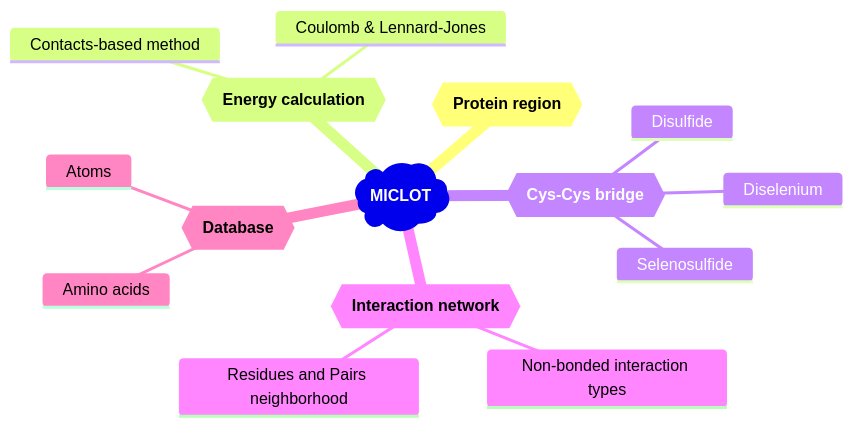
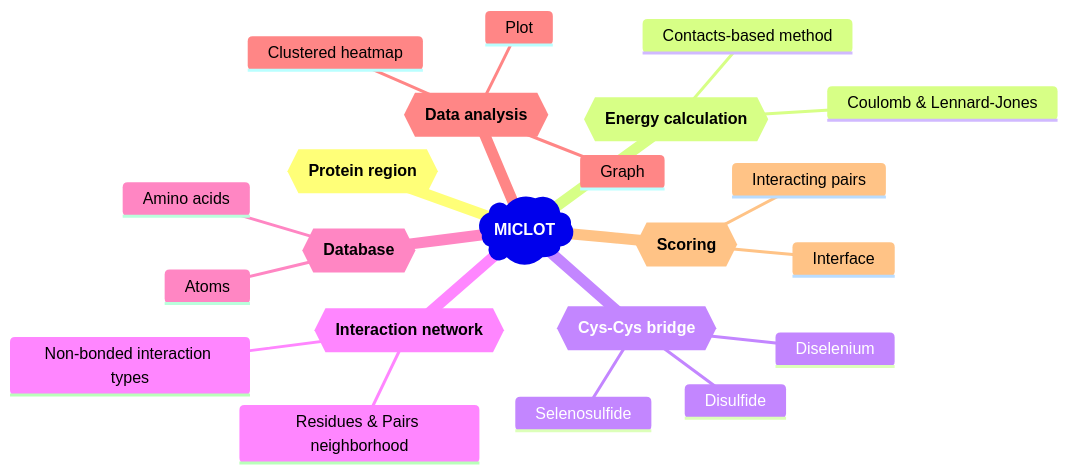
One commit to TMiclot/MICLOT changed the diagram in README.md. Above: the diagram before and after it, drawn with Mermaid. The commit also changed other lines of this file and 49 other files, not shown here.

````diff
--- a/README.md
+++ b/README.md
@@ -22,18 +21,25 @@
 ```mermaid
 mindmap
     root)**MICLOT**(
         id{{**Protein region**}}
         id{{**Energy calculation**}}
             Contacts-based method
             Coulomb & Lennard-Jones
         id{{**Cys-Cys bridge**}}
             Disulfide
             Diselenium
             Selenosulfide
         id{{**Interaction network**}}
             Non-bonded interaction types
-            Residues and Pairs neighborhood
+            Residues & Pairs neighborhood
         id{{**Database**}}
             Amino acids
             Atoms
+        id{{**Data analysis**}}
+            Plot
+            Clustered heatmap
+            Graph
+        id{{**Scoring**}}
+            Interacting pairs
+            Interface
 ```
````
